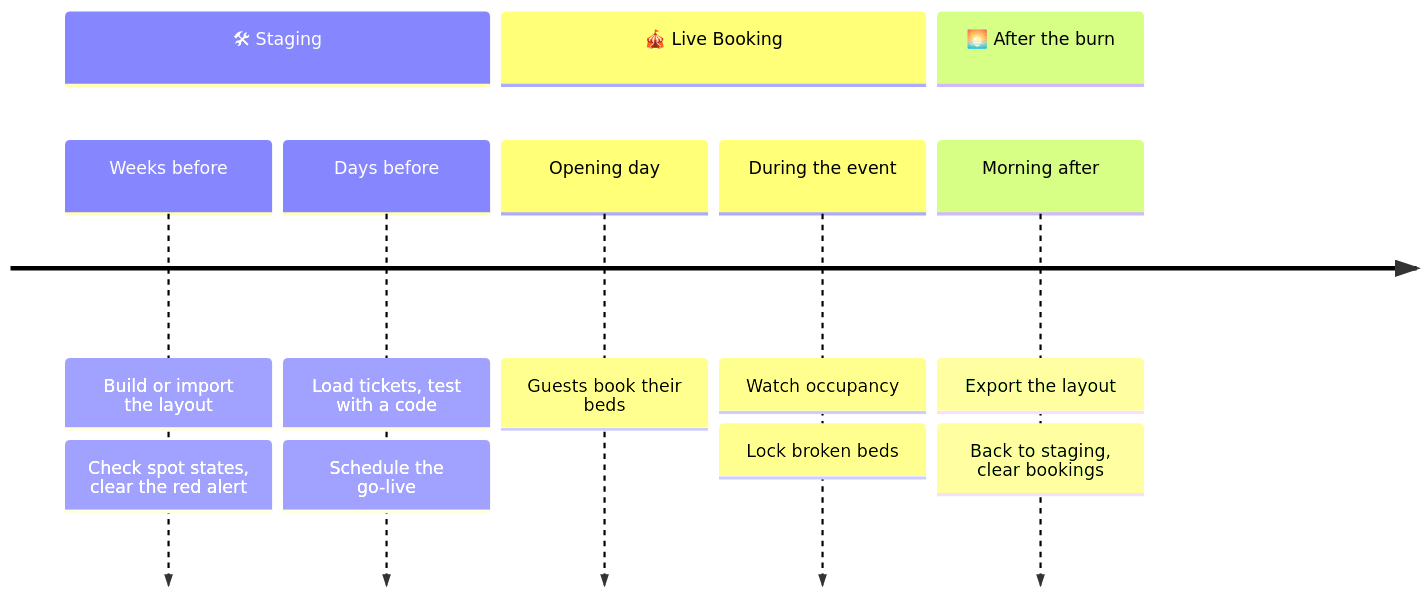
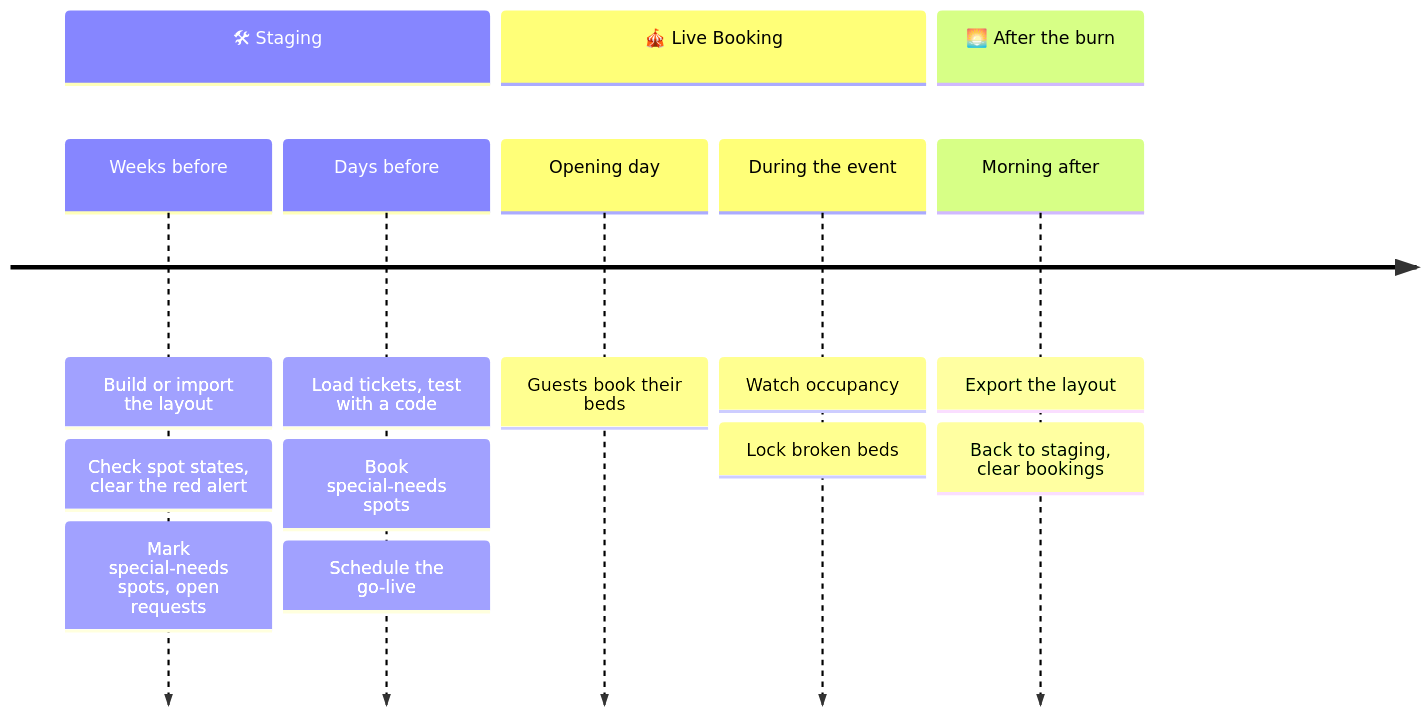
The diagram in docs/admin/event-checklist.md (MorpheusMXML/hamburn-cozynights), drawn with Mermaid before and after one commit. The commit also changed other lines of this file and 12 other files, not shown here.

Commit message:
docs(special-needs): admin and guest guides, data model, messages, checklist

````diff
--- a/docs/admin/event-checklist.md
+++ b/docs/admin/event-checklist.md
@@ -5,11 +5,11 @@
 ```mermaid
 timeline
   section 🛠 Staging
-    Weeks before : Build or import the layout : Check spot states, clear the red alert
-    Days before : Load tickets, test with a code : Schedule the go-live
+    Weeks before : Build or import the layout : Check spot states, clear the red alert : Mark special-needs spots, open requests
+    Days before : Load tickets, test with a code : Book special-needs spots : Schedule the go-live
   section 🎪 Live Booking
     Opening day : Guests book their beds
     During the event : Watch occupancy : Lock broken beds
   section 🌅 After the burn
     Morning after : Export the layout : Back to staging, clear bookings
 ```
````
